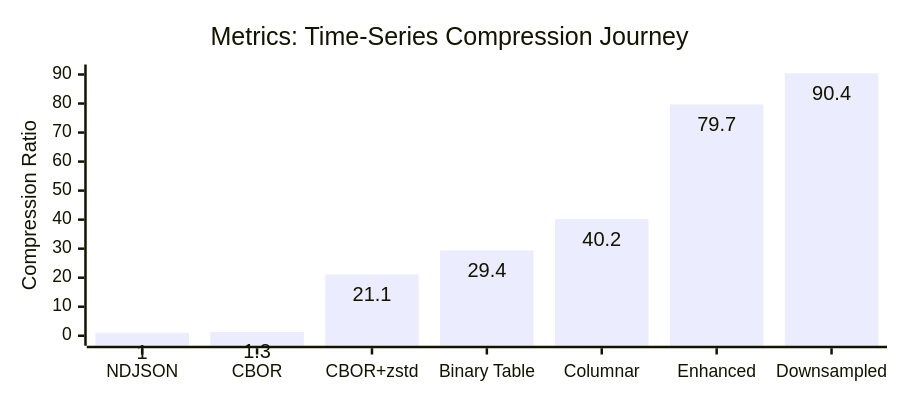
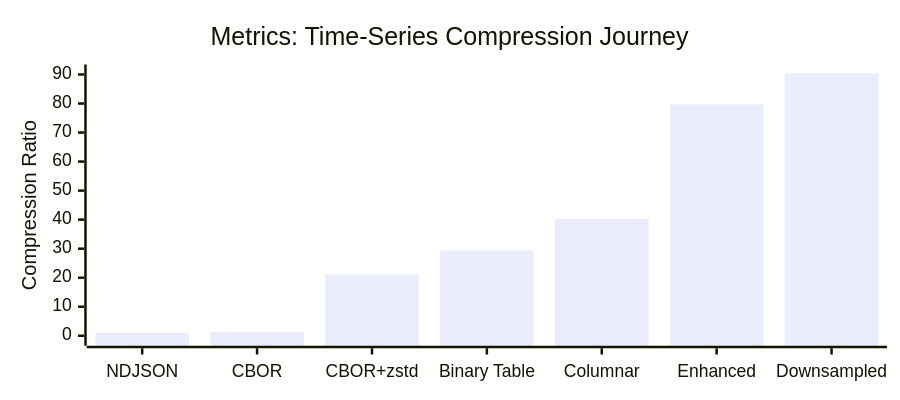
One commit to flash1293/squeezed-signals changed the first of 3 diagrams in README.md. Above: the diagram before and after it, drawn with Mermaid.

Commit message:
checkpoint

````diff
--- a/README.md
+++ b/README.md
@@ -8,16 +8,15 @@
 ```mermaid
 ---
 config:
   xyChart:
     height: 300
-    showDataLabel: true
   themeVariables:
     xyChart:
       backgroundColor: "transparent"
 ---
 xychart-beta
   title "Metrics: Time-Series Compression Journey"
   x-axis ["NDJSON", "CBOR", "CBOR+zstd", "Binary Table", "Columnar", "Enhanced", "Downsampled"]
   y-axis "Compression Ratio" 0 --> 90
   bar [1, 1.3, 21.1, 29.4, 40.2, 79.7, 90.4]
 ```
````
